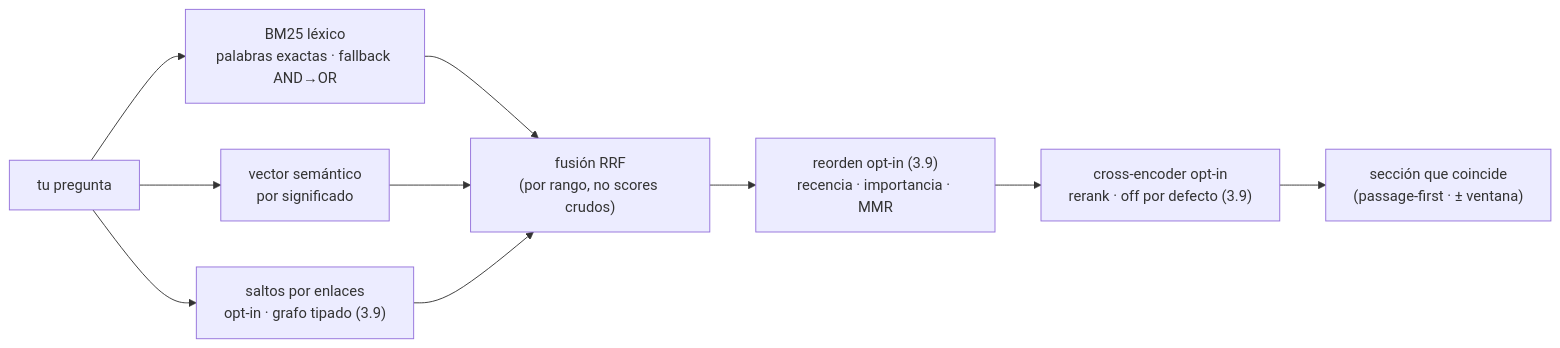
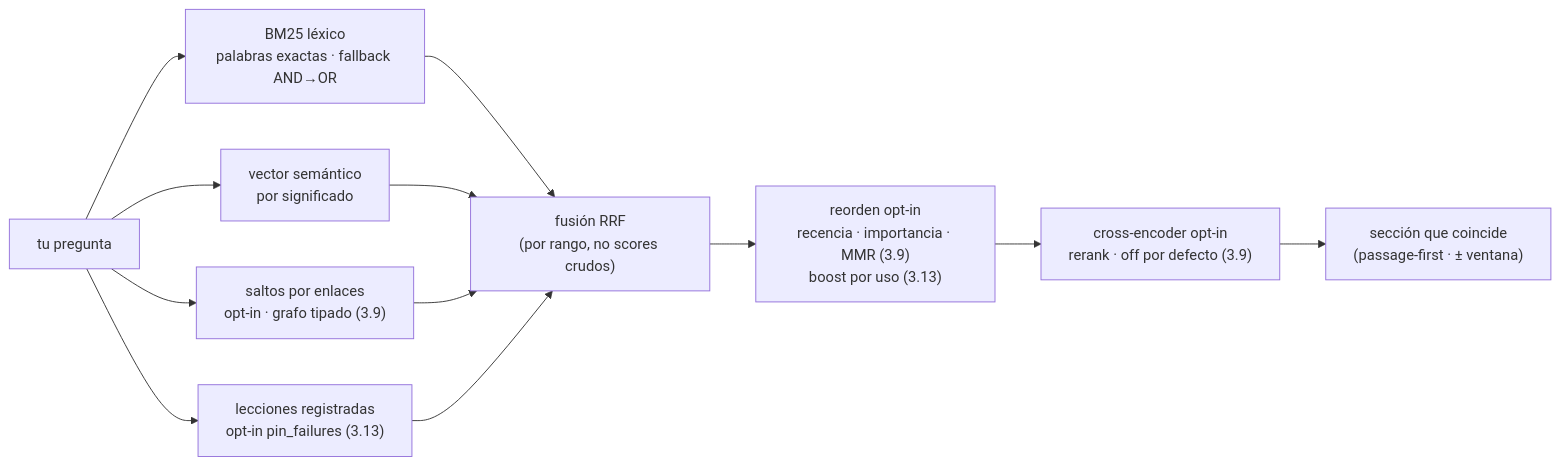
One commit to Vahlame/create-vkm-kit changed the second of 14 diagrams in docs/es/como-funciona.md. Above: the diagram before and after it, drawn with Mermaid. The commit also changed other lines of this file and 10 other files, not shown here.

````diff
--- a/docs/es/como-funciona.md
+++ b/docs/es/como-funciona.md
@@ -141,12 +141,14 @@
 ```mermaid
 flowchart LR
   Q["tu pregunta"] --> L["BM25 léxico<br/>palabras exactas · fallback AND→OR"]
   Q --> S["vector semántico<br/>por significado"]
   Q --> G["saltos por enlaces<br/>opt-in · grafo tipado (3.9)"]
+  Q --> X["lecciones registradas<br/>opt-in pin_failures (3.13)"]
   L --> F["fusión RRF<br/>(por rango, no scores crudos)"]
   S --> F
   G --> F
-  F --> B["reorden opt-in (3.9)<br/>recencia · importancia · MMR"]
+  X --> F
+  F --> B["reorden opt-in<br/>recencia · importancia · MMR (3.9)<br/>boost por uso (3.13)"]
   B --> R["cross-encoder opt-in<br/>rerank · off por defecto (3.9)"]
   R --> P["sección que coincide<br/>(passage-first · ± ventana)"]
 ```
````
